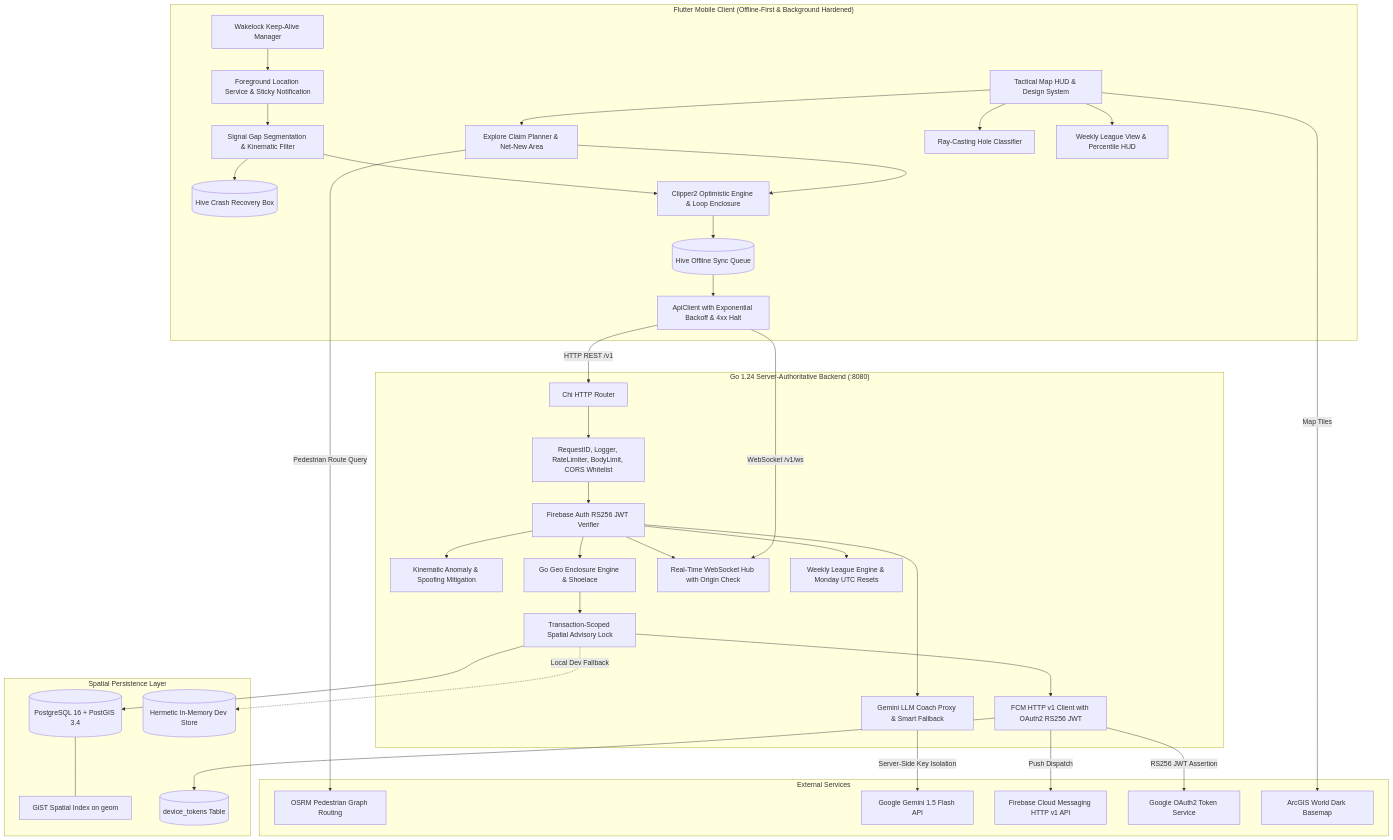
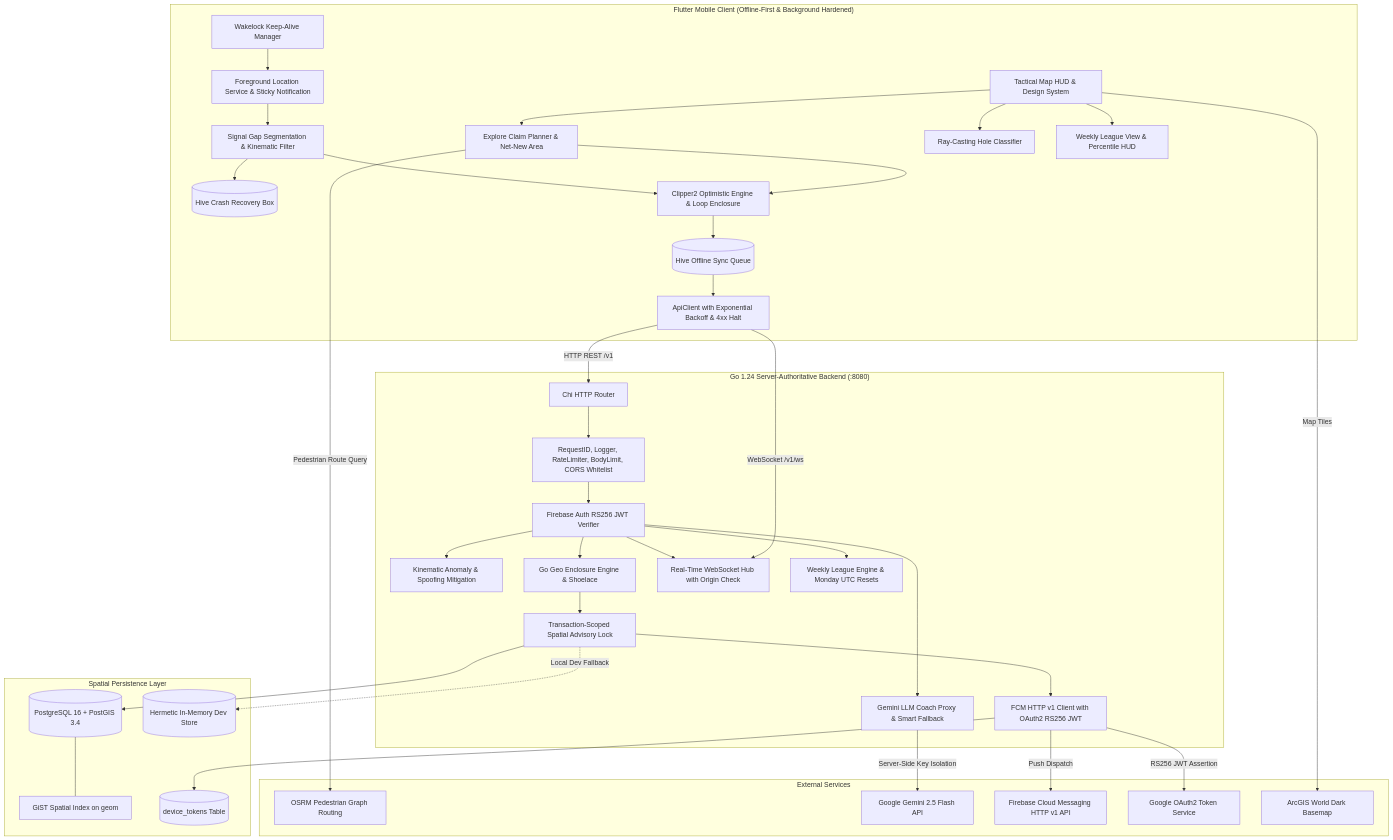
Before and after one commit to Ayush-00-hui/Territory-Runner-Game: the first of 3 diagrams in README.md, drawn with Mermaid. The commit also changed other lines of this file and 154 other files, not shown here.

Commit message:
feat: modularize map and social architecture, encrypt hive boxes with aes, add threat model and e2e integration test

````diff
--- a/README.md
+++ b/README.md
@@ -126,78 +127,78 @@
 ```mermaid
 graph TD
     subgraph Client ["Flutter Mobile Client (Offline-First & Background Hardened)"]
         UI[Tactical Map HUD & Design System]
         ForegroundService[Foreground Location Service & Sticky Notification]
         WakeLockMgr[Wakelock Keep-Alive Manager]
         CrashBox[(Hive Crash Recovery Box)]
         SignalFilter[Signal Gap Segmentation & Kinematic Filter]
         ClaimPlanner[Explore Claim Planner & Net-New Area]
         LocalEngine[Clipper2 Optimistic Engine & Loop Enclosure]
         HiveQueue[(Hive Offline Sync Queue)]
         ApiClient[ApiClient with Exponential Backoff & 4xx Halt]
         HoleClassifier[Ray-Casting Hole Classifier]
         LeagueView[Weekly League View & Percentile HUD]
         
         ForegroundService --> SignalFilter
         WakeLockMgr --> ForegroundService
         SignalFilter --> CrashBox
         SignalFilter --> LocalEngine
         UI --> ClaimPlanner
         ClaimPlanner --> LocalEngine
         LocalEngine --> HiveQueue
         HiveQueue --> ApiClient
         UI --> HoleClassifier
         UI --> LeagueView
     end
 
     subgraph Backend ["Go 1.24 Server-Authoritative Backend (:8080)"]
         ChiRouter[Chi HTTP Router]
         MiddlewareStack[RequestID, Logger, RateLimiter, BodyLimit, CORS Whitelist]
         AuthVerifier[Firebase Auth RS256 JWT Verifier]
         AntiCheat[Kinematic Anomaly & Spoofing Mitigation]
         GoGeoEngine[Go Geo Enclosure Engine & Shoelace]
         AdvisoryLock[Transaction-Scoped Spatial Advisory Lock]
         WSHub[Real-Time WebSocket Hub with Origin Check]
         CoachProxy[Gemini LLM Coach Proxy & Smart Fallback]
         LeagueEngine[Weekly League Engine & Monday UTC Resets]
         FCMSender[FCM HTTP v1 Client with OAuth2 RS256 JWT]
 
         ChiRouter --> MiddlewareStack
         MiddlewareStack --> AuthVerifier
         AuthVerifier --> AntiCheat
         AuthVerifier --> GoGeoEngine
         AuthVerifier --> WSHub
         AuthVerifier --> CoachProxy
         AuthVerifier --> LeagueEngine
         GoGeoEngine --> AdvisoryLock
         AdvisoryLock --> FCMSender
     end
 
     subgraph Persistence ["Spatial Persistence Layer"]
         PostGIS[(PostgreSQL 16 + PostGIS 3.4)]
         GiSTIndex[GiST Spatial Index on geom]
         DeviceTokens[(device_tokens Table)]
         MemStore[(Hermetic In-Memory Dev Store)]
         
         AdvisoryLock --> PostGIS
         PostGIS --- GiSTIndex
         FCMSender --> DeviceTokens
         AdvisoryLock -.->|Local Dev Fallback| MemStore
     end
 
     subgraph External ["External Services"]
         OSRM[OSRM Pedestrian Graph Routing]
-        Gemini[Google Gemini 1.5 Flash API]
+        Gemini[Google Gemini 2.5 Flash API]
         FCMService[Firebase Cloud Messaging HTTP v1 API]
         GoogleOAuth[Google OAuth2 Token Service]
         TileServer[ArcGIS World Dark Basemap]
     end
 
     ApiClient -->|HTTP REST /v1| ChiRouter
     ApiClient -->|WebSocket /v1/ws| WSHub
     FCMSender -->|RS256 JWT Assertion| GoogleOAuth
     FCMSender -->|Push Dispatch| FCMService
     ClaimPlanner -->|Pedestrian Route Query| OSRM
     CoachProxy -->|Server-Side Key Isolation| Gemini
     UI -->|Map Tiles| TileServer
 ```
````
